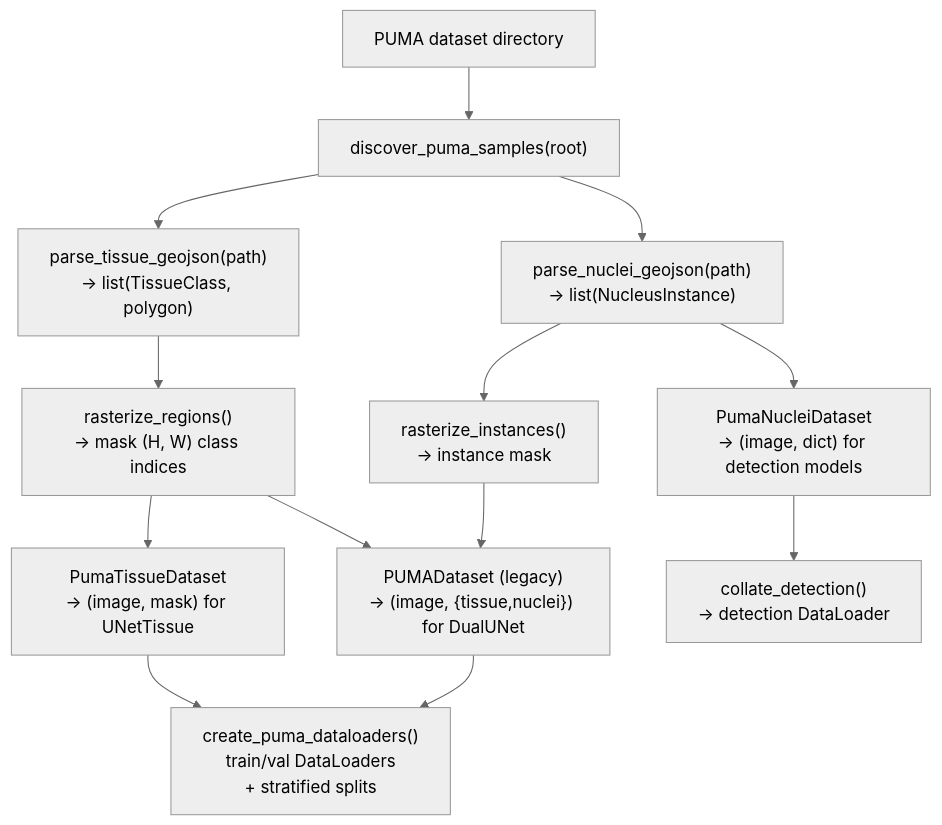
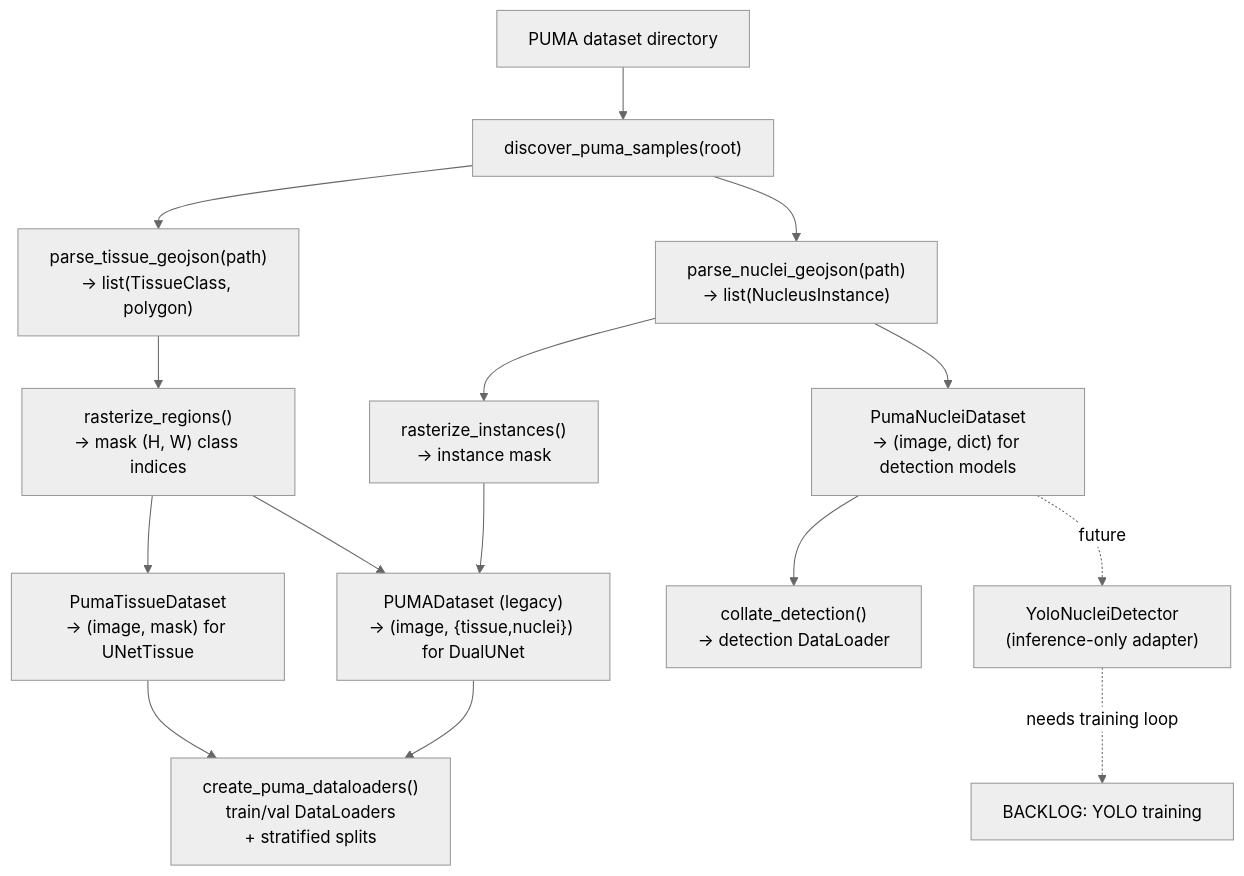
The fifth of 6 diagrams in docs/architecture.md (hoangtung386/Prometheus), drawn with Mermaid (neutral theme) before and after one commit. The commit also changed other lines of this file, not shown here.

First line of the commit message:
add YOLO to architecture diagrams

````diff
--- a/docs/architecture.md
+++ b/docs/architecture.md
@@ -129,19 +154,22 @@
 ```mermaid
 graph TD
     Root["PUMA dataset directory"] --> Disc["discover_puma_samples(root)"]
 
     Disc --> TissueGJ["parse_tissue_geojson(path)<br/>→ list(TissueClass, polygon)"]
     Disc --> NucGJ["parse_nuclei_geojson(path)<br/>→ list(NucleusInstance)"]
 
     TissueGJ --> RastReg["rasterize_regions()<br/>→ mask (H, W) class indices"]
     NucGJ --> RastInst["rasterize_instances()<br/>→ instance mask"]
 
     RastReg --> TissueDS["PumaTissueDataset<br/>→ (image, mask) for UNetTissue"]
     NucGJ --> NucDS["PumaNucleiDataset<br/>→ (image, dict) for detection models"]
     RastReg --> LegacyDS["PUMADataset (legacy)<br/>→ (image, {tissue,nuclei}) for DualUNet"]
     RastInst --> LegacyDS
 
     TissueDS --> DL["create_puma_dataloaders()<br/>train/val DataLoaders<br/>+ stratified splits"]
     NucDS --> DetDL["collate_detection()<br/>→ detection DataLoader"]
     LegacyDS --> DL
+
+    NucDS -. "future" .-> YOLO["YoloNucleiDetector<br/>(inference-only adapter)"]
+    YOLO -. "needs training loop" .-> Backlog["BACKLOG: YOLO training"]
 ```
````
